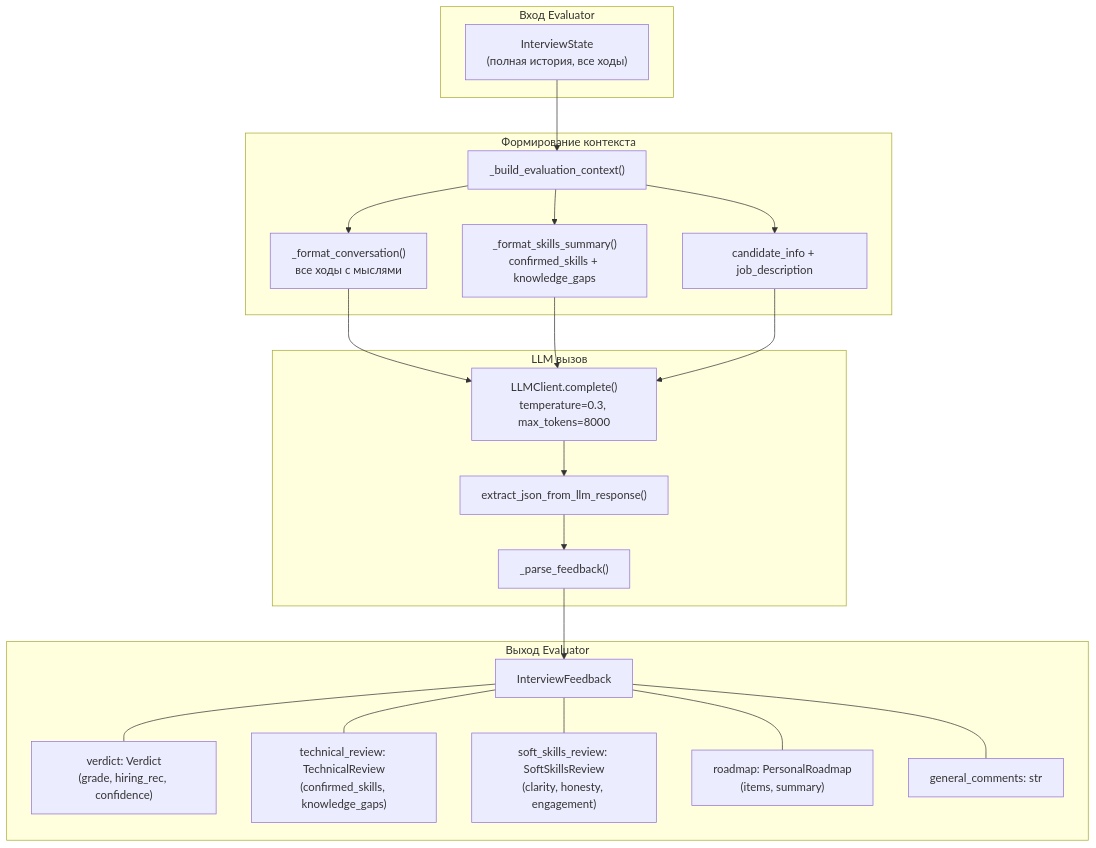
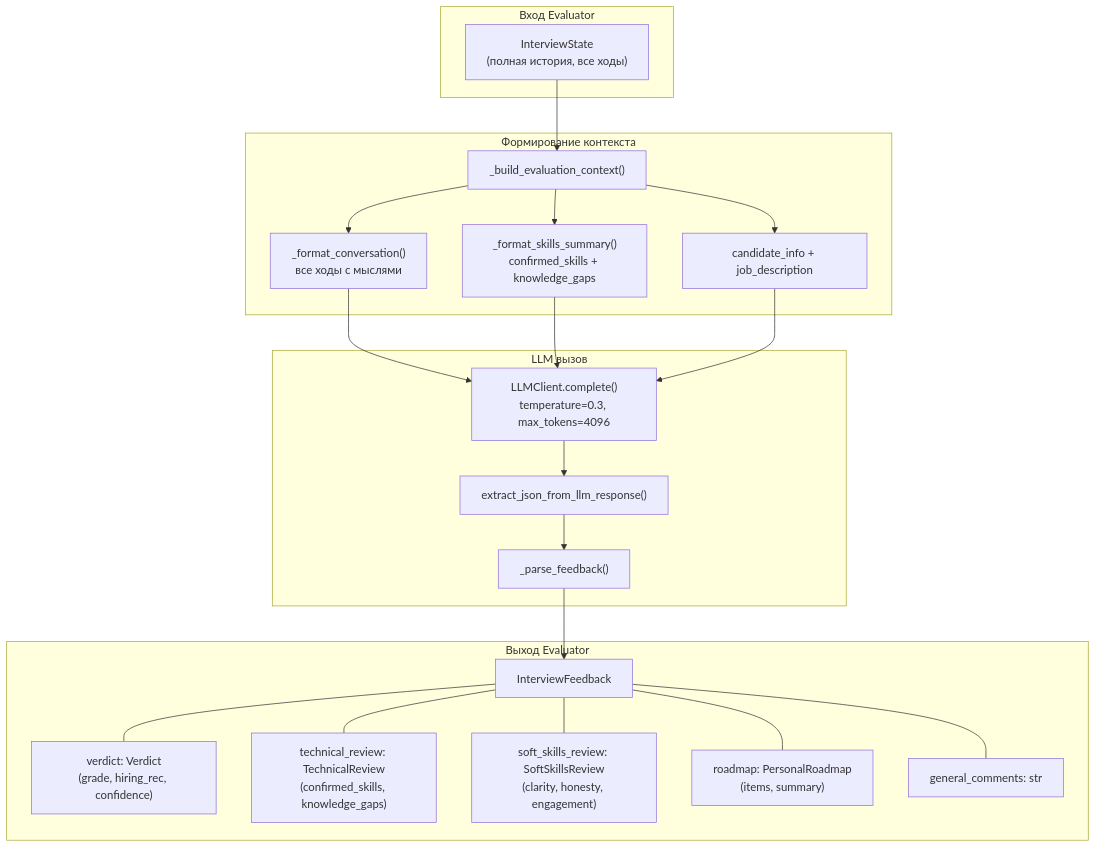
Before and after one commit to RomiconEZ/Multi-Agent-Interview-Coach: the fourth of 6 diagrams in docs/diagrams/data-flow.md, drawn with Mermaid. The commit also changed other lines of this file and 1 other file, not shown here.

Commit message:
Update data flow specifications: increase max_tokens for LLM calls and enhance governance risk details

````diff
--- a/docs/diagrams/data-flow.md
+++ b/docs/diagrams/data-flow.md
@@ -165,44 +165,44 @@
 ```mermaid
 flowchart TB
     subgraph IN["Вход Evaluator"]
         A1["InterviewState<br/>(полная история, все ходы)"]
     end
 
     subgraph CTX["Формирование контекста"]
         B1["_build_evaluation_context()"]
         B2["_format_conversation()<br/>все ходы с мыслями"]
         B3["_format_skills_summary()<br/>confirmed_skills + knowledge_gaps"]
         B4["candidate_info + job_description"]
     end
 
     subgraph LLM_CALL["LLM вызов"]
-        C1["LLMClient.complete()<br/>temperature=0.3, max_tokens=8000"]
+        C1["LLMClient.complete()<br/>temperature=0.3, max_tokens=4096"]
         C2["extract_json_from_llm_response()"]
         C3["_parse_feedback()"]
     end
 
     subgraph OUT["Выход Evaluator"]
         D1["InterviewFeedback"]
         D2["verdict: Verdict<br/>(grade, hiring_rec, confidence)"]
         D3["technical_review: TechnicalReview<br/>(confirmed_skills, knowledge_gaps)"]
         D4["soft_skills_review: SoftSkillsReview<br/>(clarity, honesty, engagement)"]
         D5["roadmap: PersonalRoadmap<br/>(items, summary)"]
         D6["general_comments: str"]
     end
 
     A1 --> B1
     B1 --> B2
     B1 --> B3
     B1 --> B4
     B2 --> C1
     B3 --> C1
     B4 --> C1
     C1 --> C2
     C2 --> C3
     C3 --> D1
     D1 --- D2
     D1 --- D3
     D1 --- D4
     D1 --- D5
     D1 --- D6
 ```
````
